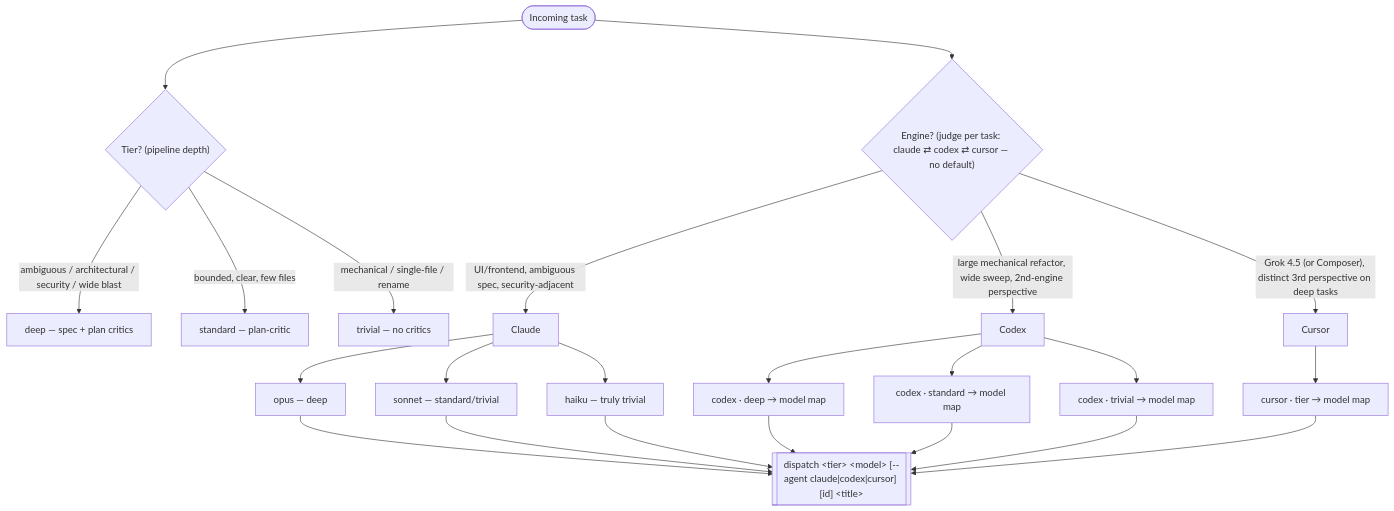
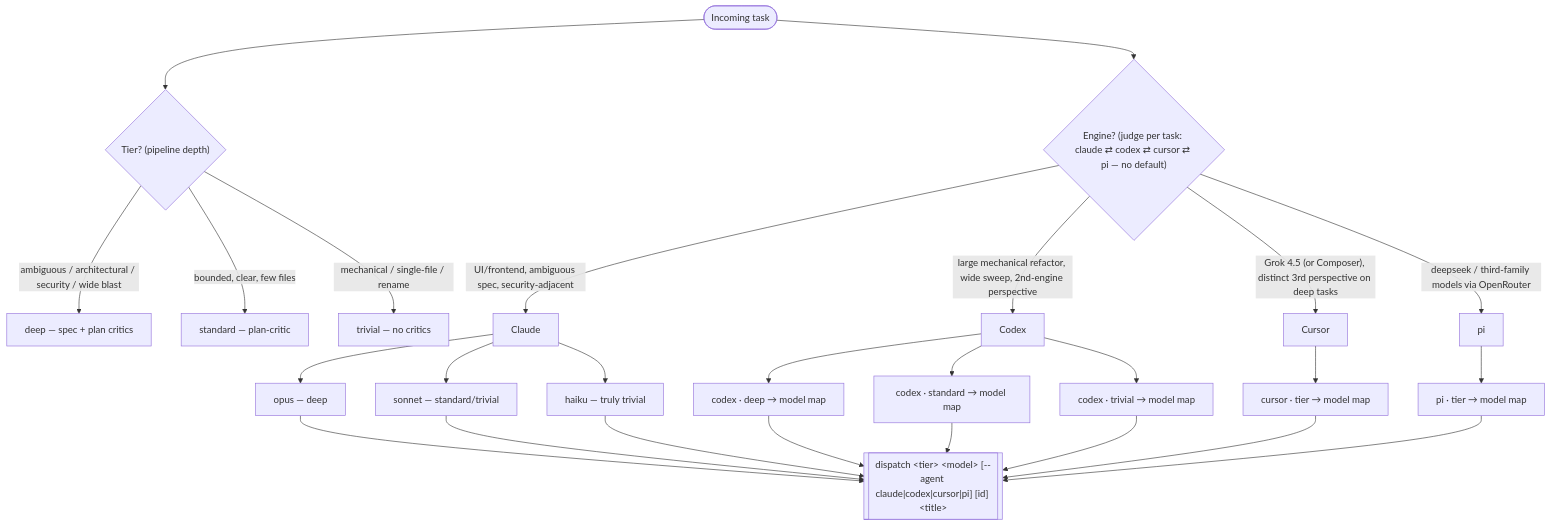
One commit to noamsto/dispatcher changed the diagram in adapters/codex/plugin/protocols/dispatch-orchestration.md. Above: the diagram before and after it, drawn with Mermaid. The commit also changed other lines of this file and 14 other files, not shown here.

````diff
--- a/adapters/codex/plugin/protocols/dispatch-orchestration.md
+++ b/adapters/codex/plugin/protocols/dispatch-orchestration.md
@@ -5,29 +5,32 @@
 ```mermaid
 flowchart TD
     T(["Incoming task"]) --> TIER{"Tier? (pipeline depth)"}
-    T --> ENG{"Engine? (judge per task: claude ⇄ codex ⇄ cursor — no default)"}
+    T --> ENG{"Engine? (judge per task: claude ⇄ codex ⇄ cursor ⇄ pi — no default)"}
 
     TIER -->|"ambiguous / architectural / security / wide blast"| DEEP["deep — spec + plan critics"]
     TIER -->|"bounded, clear, few files"| STD["standard — plan-critic"]
     TIER -->|"mechanical / single-file / rename"| TRIV["trivial — no critics"]
 
     ENG -->|"large mechanical refactor, wide sweep, 2nd-engine perspective"| CODEX["Codex"]
     ENG -->|"UI/frontend, ambiguous spec, security-adjacent"| CLAUDE["Claude"]
     ENG -->|"Grok 4.5 (or Composer), distinct 3rd perspective on deep tasks"| CURSOR["Cursor"]
+    ENG -->|"deepseek / third-family models via OpenRouter"| PI["pi"]
 
     CLAUDE --> OPUS["opus — deep"]
     CLAUDE --> SONNET["sonnet — standard/trivial"]
     CLAUDE --> HAIKU["haiku — truly trivial"]
     CODEX --> GH["codex · deep → model map"]
     CODEX --> GM["codex · standard → model map"]
     CODEX --> GL["codex · trivial → model map"]
     CURSOR --> CU["cursor · tier → model map"]
+    PI --> PI_M["pi · tier → model map"]
 
-    OPUS --> D[["dispatch &lt;tier&gt; &lt;model&gt; [--agent claude|codex|cursor] [id] &lt;title&gt;"]]
+    OPUS --> D[["dispatch &lt;tier&gt; &lt;model&gt; [--agent claude|codex|cursor|pi] [id] &lt;title&gt;"]]
     SONNET --> D
     HAIKU --> D
     GH --> D
     GM --> D
     GL --> D
     CU --> D
+    PI_M --> D
 ```
````
